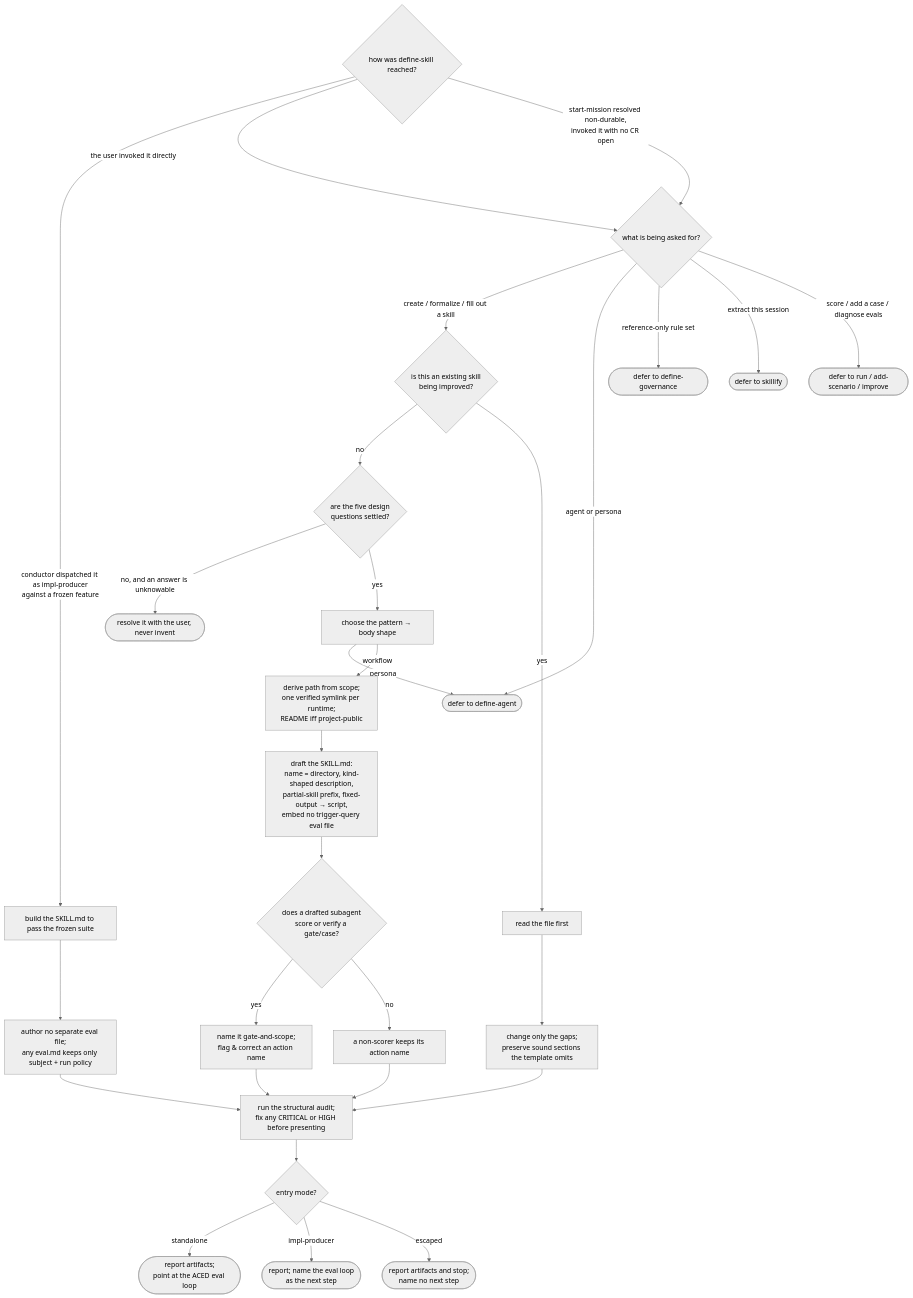
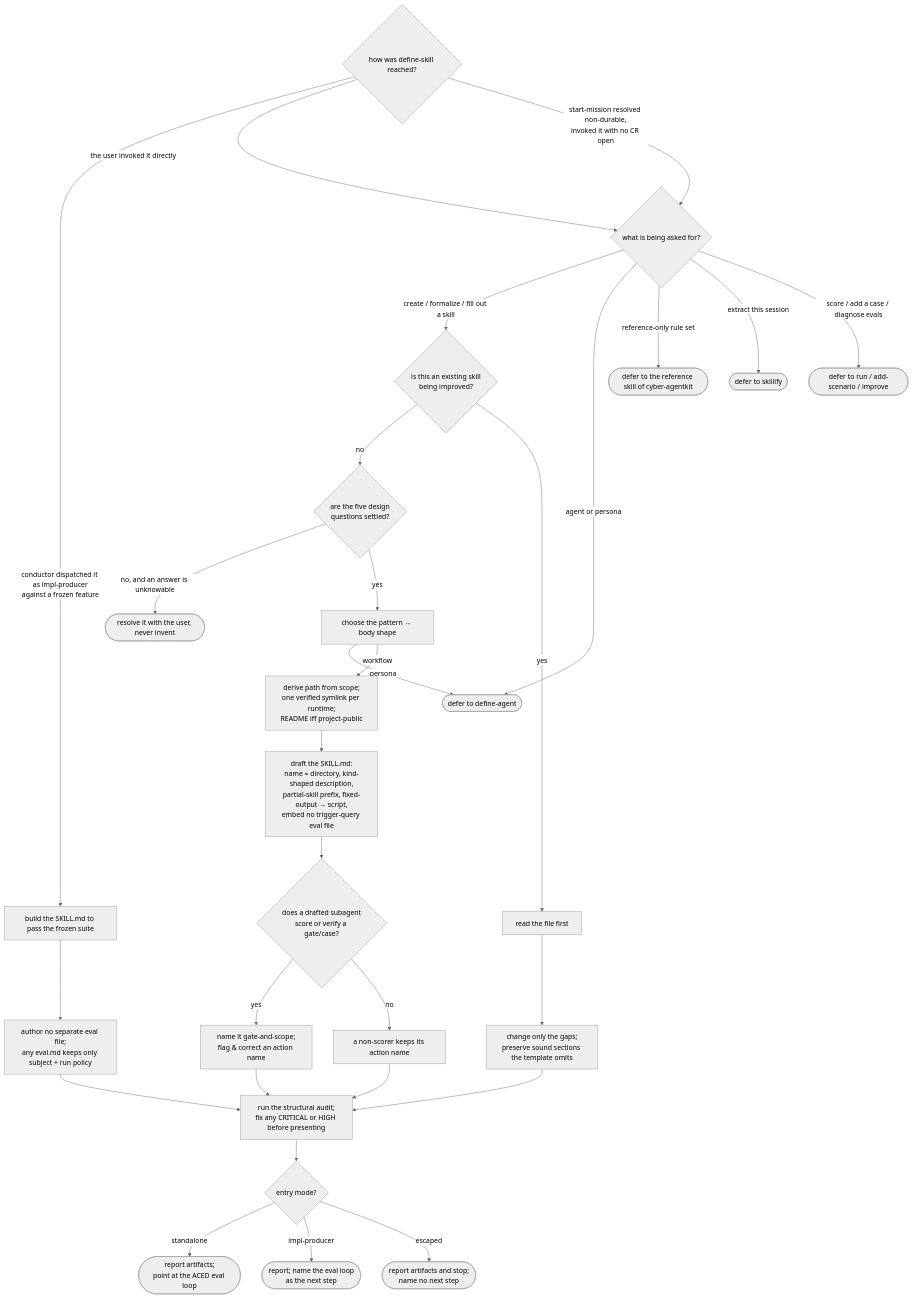
Before and after one commit to cyberuni/cyber-sdd: the diagram in .agents/specs/aced/config-authoring/define-skill/README.md, drawn with Mermaid (neutral theme). The commit also changed other lines of this file and 28 other files, not shown here.

First line of the commit message:
feat(aced): replace define-governance with the cyber-agentkit reference skill

````diff
--- a/.agents/specs/aced/config-authoring/define-skill/README.md
+++ b/.agents/specs/aced/config-authoring/define-skill/README.md
@@ -62,46 +62,46 @@
 ```mermaid
 flowchart TD
   ENTRY{how was define-skill reached?}
   ENTRY -->|conductor dispatched it as impl-producer<br/>against a frozen feature| IMPL
   ENTRY -->|the user invoked it directly| ROUTE
   ENTRY -->|start-mission resolved non-durable,<br/>invoked it with no CR open| ROUTE
 
   %% ---- impl-producer lane: no interactive design, the suite is the spec ----
   IMPL[build the SKILL.md to pass the frozen suite] --> IMPLNO[author no separate eval file;<br/>any eval.md keeps only subject + run policy]
   IMPLNO --> AUDIT
 
   %% ---- routing: handle or defer ----
   ROUTE{what is being asked for?}
   ROUTE -->|create / formalize / fill out a skill| SHAPE
   ROUTE -->|agent or persona| D1([defer to define-agent])
-  ROUTE -->|reference-only rule set| D2([defer to define-governance])
+  ROUTE -->|reference-only rule set| D2([defer to the reference skill of cyber-agentkit])
   ROUTE -->|extract this session| D3([defer to skillify])
   ROUTE -->|score / add a case / diagnose evals| D4([defer to run / add-scenario / improve])
 
   %% ---- interactive build spine ----
   SHAPE{is this an existing skill<br/>being improved?}
   SHAPE -->|no| Q{are the five design<br/>questions settled?}
   Q -->|no, and an answer is unknowable| ASK([resolve it with the user, never invent])
   Q -->|yes| PATTERN[choose the pattern → body shape]
   PATTERN -->|persona| D1
   PATTERN -->|workflow| PLACE
 
   PLACE[derive path from scope;<br/>one verified symlink per runtime;<br/>README iff project-public] --> DRAFT
   DRAFT[draft the SKILL.md:<br/>name = directory, kind-shaped description,<br/>partial-skill prefix, fixed-output → script,<br/>embed no trigger-query eval file]
   DRAFT --> ROLE{does a drafted subagent<br/>score or verify a gate/case?}
   ROLE -->|yes| RENAME[name it gate-and-scope;<br/>flag & correct an action name]
   ROLE -->|no| KEEP[a non-scorer keeps its action name]
   RENAME --> AUDIT
   KEEP --> AUDIT
 
   SHAPE -->|yes| READ[read the file first]
   READ --> GAPS[change only the gaps;<br/>preserve sound sections the template omits]
   GAPS --> AUDIT
 
   %% ---- audit then hand off by entry mode ----
   AUDIT[run the structural audit;<br/>fix any CRITICAL or HIGH before presenting]
   AUDIT --> HAND{entry mode?}
   HAND -->|standalone| POINT([report artifacts;<br/>point at the ACED eval loop])
   HAND -->|impl-producer| POINT2([report; name the eval loop<br/>as the next step])
   HAND -->|escaped| STOP([report artifacts and stop;<br/>name no next step])
 ```
````
